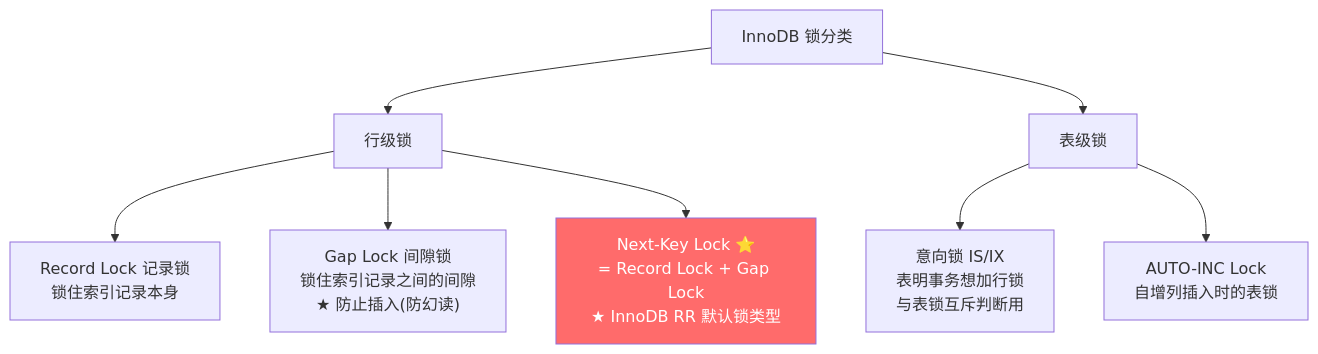
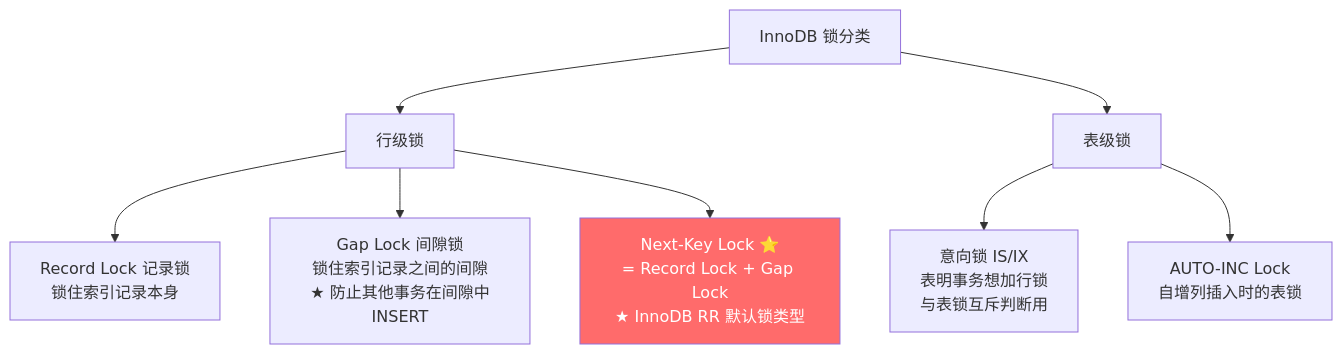
Diagram 29 of 34 in document/strengthen/性能调优面试总结_增强版.md (qigao0787-ops/gq-test), drawn with Mermaid before and after one commit. The commit also changed other lines of this file, not shown here.

````diff
--- a/document/strengthen/性能调优面试总结_增强版.md
+++ b/document/strengthen/性能调优面试总结_增强版.md
@@ -1909,14 +2155,14 @@
 ```mermaid
 flowchart TD
     A[InnoDB 锁分类] --> B[行级锁]
     A --> C[表级锁]
 
     B --> B1["Record Lock 记录锁<br/>锁住索引记录本身"]
-    B --> B2["Gap Lock 间隙锁<br/>锁住索引记录之间的间隙<br/>★ 防止插入(防幻读)"]
+    B --> B2["Gap Lock 间隙锁<br/>锁住索引记录之间的间隙<br/>★ 防止其他事务在间隙中INSERT"]
     B --> B3["Next-Key Lock ⭐<br/>= Record Lock + Gap Lock<br/>★ InnoDB RR 默认锁类型"]
 
     C --> C1["意向锁 IS/IX<br/>表明事务想加行锁<br/>与表锁互斥判断用"]
     C --> C2["AUTO-INC Lock<br/>自增列插入时的表锁"]
 
     style B3 fill:#ff6b6b,color:#fff
 ```
````
